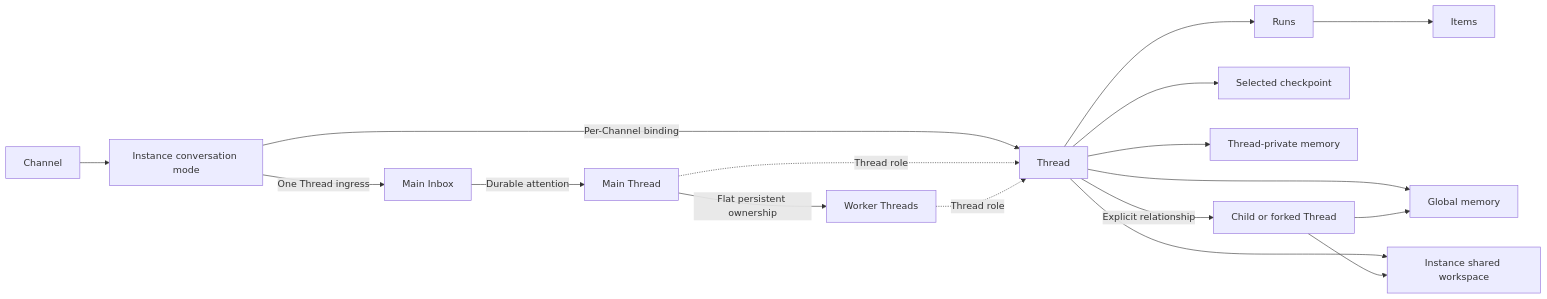
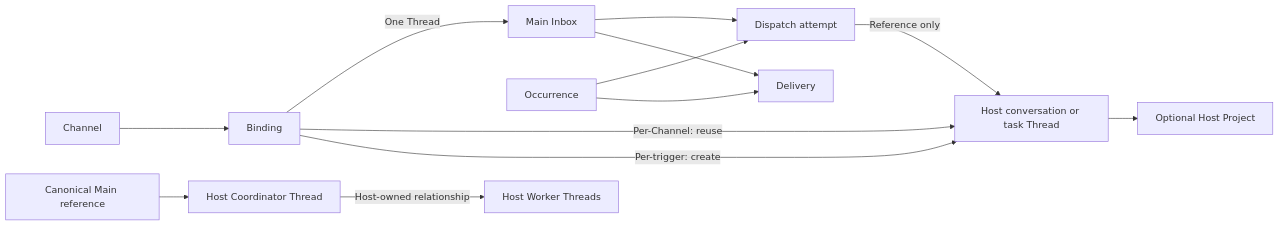
One commit to Wh1isper/a13n-claw changed the diagram in spec/01-domain-model.md. Above: the diagram before and after it, drawn with Mermaid. The commit also changed other lines of this file and 16 other files, not shown here.

````diff
--- a/spec/01-domain-model.md
+++ b/spec/01-domain-model.md
@@ -32,19 +41,15 @@
 ```mermaid
 flowchart LR
-    Channel --> Mode[Instance conversation mode]
-    Mode -->|Per-Channel binding| Thread
-    Mode -->|One Thread ingress| Inbox[Main Inbox]
-    Inbox -->|Durable attention| Main[Main Thread]
-    Main -->|Flat persistent ownership| Workers[Worker Threads]
-    Main -.->|Thread role| Thread
-    Workers -.->|Thread role| Thread
-    Thread --> Runs[Runs]
-    Runs --> Items[Items]
-    Thread --> Selected[Selected checkpoint]
-    Thread --> Private[Thread-private memory]
-    Thread -->|Explicit relationship| Child[Child or forked Thread]
-    Thread --> Global[Global memory]
-    Child --> Global
-    Thread --> Workspace[Instance shared workspace]
-    Child --> Workspace
+    Channel --> Binding
+    Binding -->|One Thread| Inbox[Main Inbox]
+    Binding -->|Per-Channel: reuse| Target[Host conversation or task Thread]
+    Binding -->|Per-trigger: create| Target
+    Inbox --> Attempt[Dispatch attempt]
+    Occurrence --> Attempt
+    Attempt -->|Reference only| Target
+    Main[Canonical Main reference] --> Coordinator[Host Coordinator Thread]
+    Coordinator -->|Host-owned relationship| Workers[Host Worker Threads]
+    Target --> Project[Optional Host Project]
+    Inbox --> Delivery
+    Occurrence --> Delivery
 ```
````
